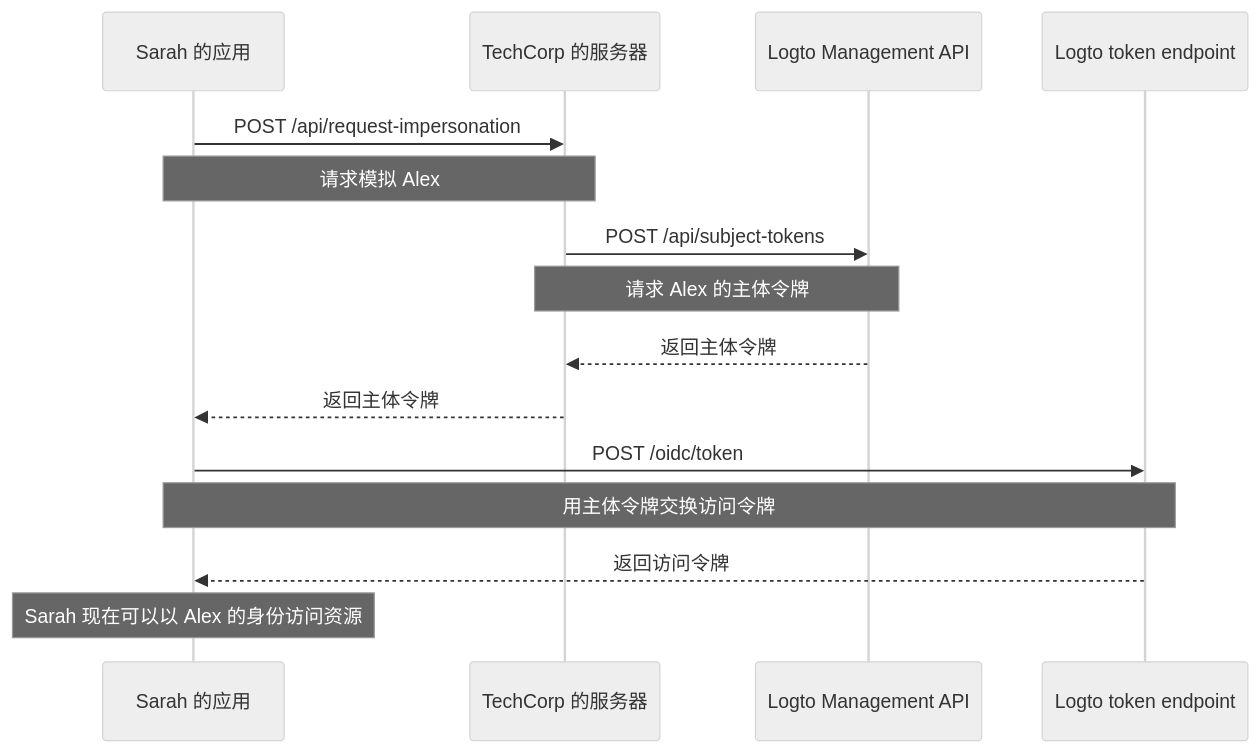
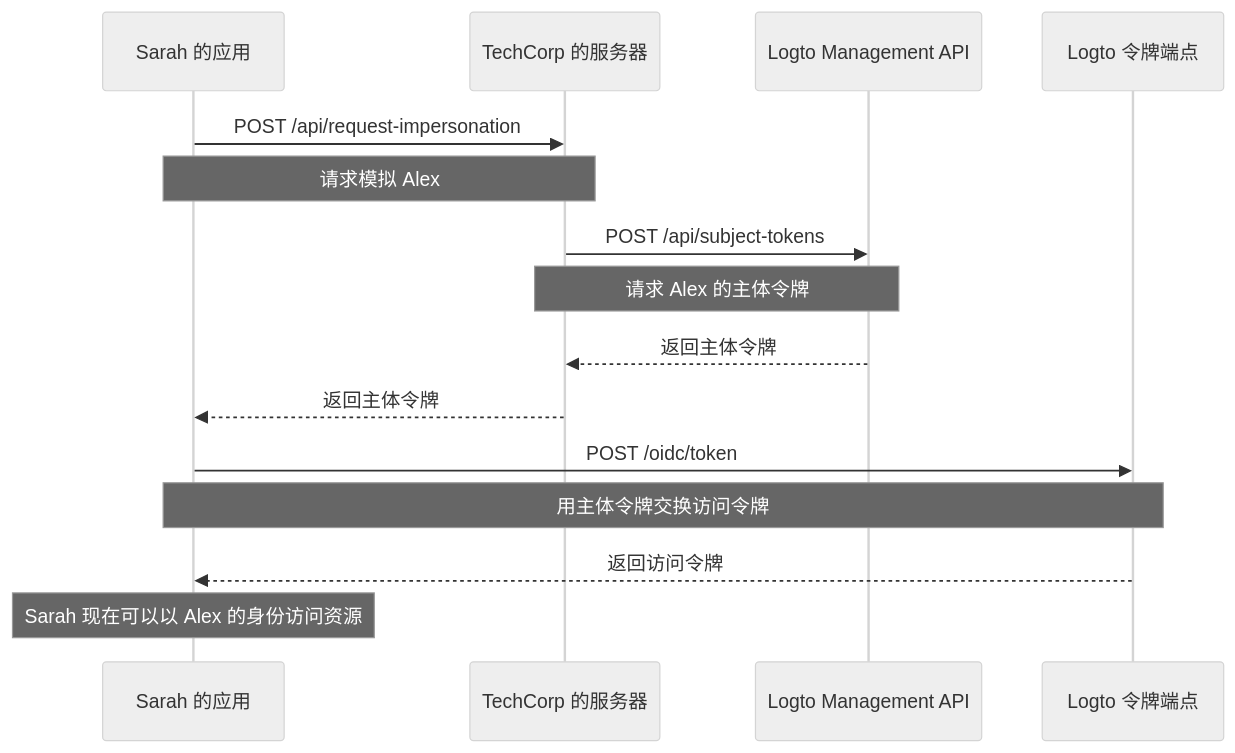
Before and after one commit to logto-io/docs: the diagram in i18n/zh-CN/docusaurus-plugin-content-docs/current/developers/user-impersonation.mdx, drawn with Mermaid (neutral theme). The commit also changed other lines of this file and 428 other files, not shown here.

````diff
--- a/i18n/zh-CN/docusaurus-plugin-content-docs/current/developers/user-impersonation.mdx
+++ b/i18n/zh-CN/docusaurus-plugin-content-docs/current/developers/user-impersonation.mdx
@@ -16,22 +16,22 @@
 ```mermaid
 sequenceDiagram
     participant Sarah as Sarah 的应用
     participant TechCorp as TechCorp 的服务器
     participant Logto as Logto Management API
-    participant LogtoToken as Logto token endpoint
+    participant LogtoToken as Logto 令牌端点
 
     Sarah->>TechCorp: POST /api/request-impersonation
     Note over Sarah,TechCorp: 请求模拟 Alex
 
     TechCorp->>Logto: POST /api/subject-tokens
     Note over TechCorp,Logto: 请求 Alex 的主体令牌
 
     Logto-->>TechCorp: 返回主体令牌
     TechCorp-->>Sarah: 返回主体令牌
 
     Sarah->>LogtoToken: POST /oidc/token
     Note over Sarah,LogtoToken: 用主体令牌交换访问令牌
 
     LogtoToken-->>Sarah: 返回访问令牌
     Note over Sarah: Sarah 现在可以以 Alex 的身份访问资源
 ```
````
